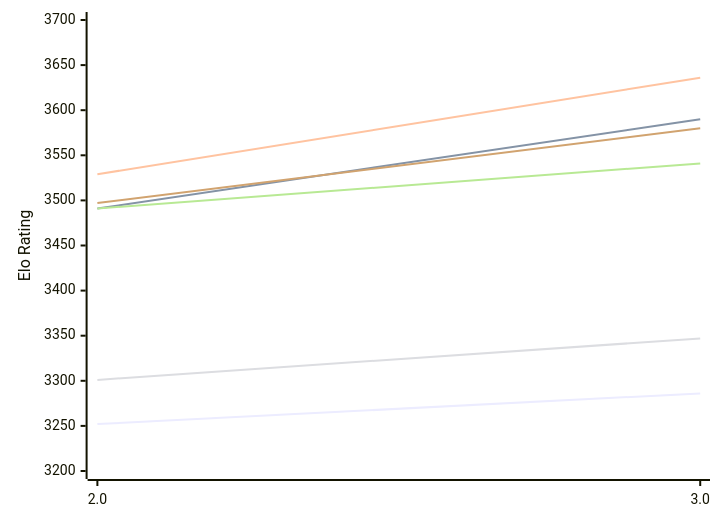
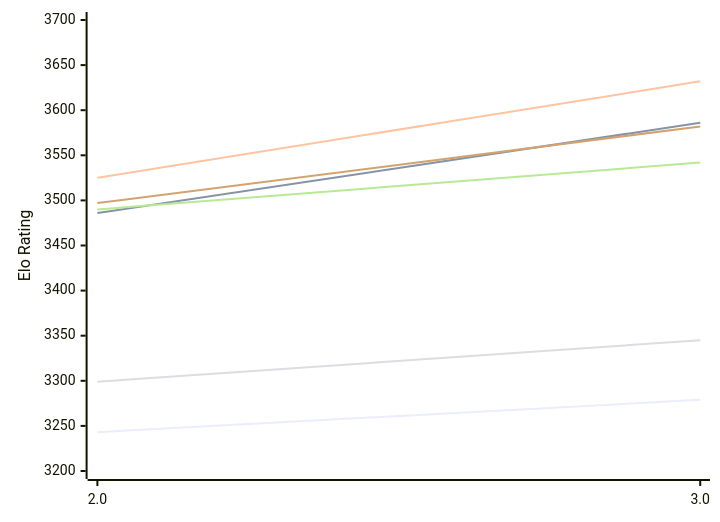
The first of 2 diagrams in engines/Quanticade.md (computer-chess-index/cci), drawn with Mermaid before and after one commit. The commit also changed other lines of this file, not shown here.

Commit message:
Update CCI Ratings (ELO VLTC) - 2026-11-26

````diff
--- a/engines/Quanticade.md
+++ b/engines/Quanticade.md
@@ -50,12 +50,12 @@
 ```mermaid
 %%{init: {"theme":"base","themeVariables":{"seriesColors:['#a3a3a3','#222221','#faa371']}}}%%
 xychart-beta
   x-axis ["2.0", "3.0"]
   y-axis "Elo Rating" 3200 --> 3700
-  line "E1: STC (8.0+0.08s)" [3252, 3286]
-  line "E1: LTC (60.0+0.60s)" [3491, 3590]
-  line "E1: VLTC (2m24s+1.12s)" [3529, 3636]
-  line "P1: STC (8.0+0.08s)" [3301, 3347]
-  line "P1: LTC (60.0+0.60s)" [3491, 3541]
-  line "P1: VLTC (2m24s+1.12s)" [3497, 3580]
+  line "E1: STC (8.0+0.08s)" [3243, 3279]
+  line "E1: LTC (60.0+0.60s)" [3486, 3586]
+  line "E1: VLTC (2m24s+1.12s)" [3525, 3632]
+  line "P1: STC (8.0+0.08s)" [3299, 3345]
+  line "P1: LTC (60.0+0.60s)" [3490, 3542]
+  line "P1: VLTC (2m24s+1.12s)" [3497, 3582]
 ```
````
